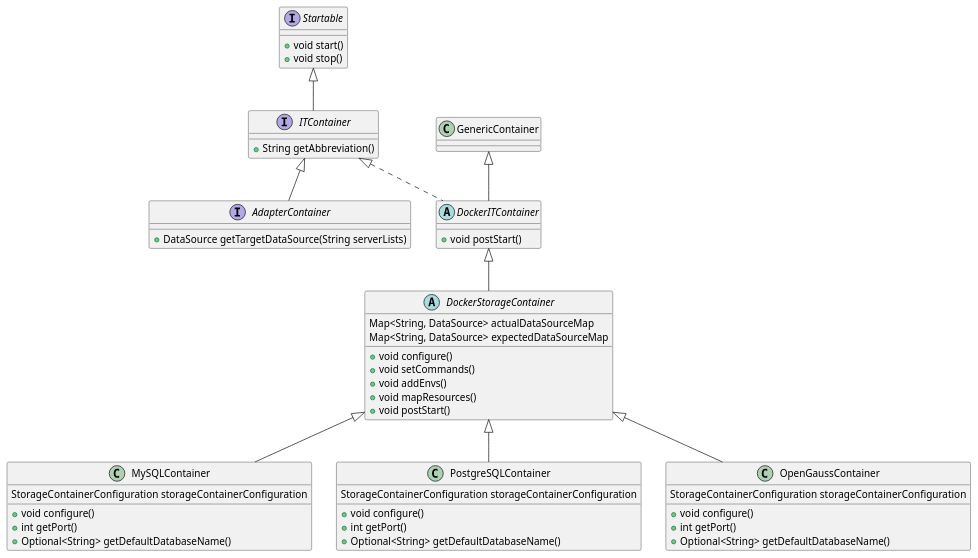
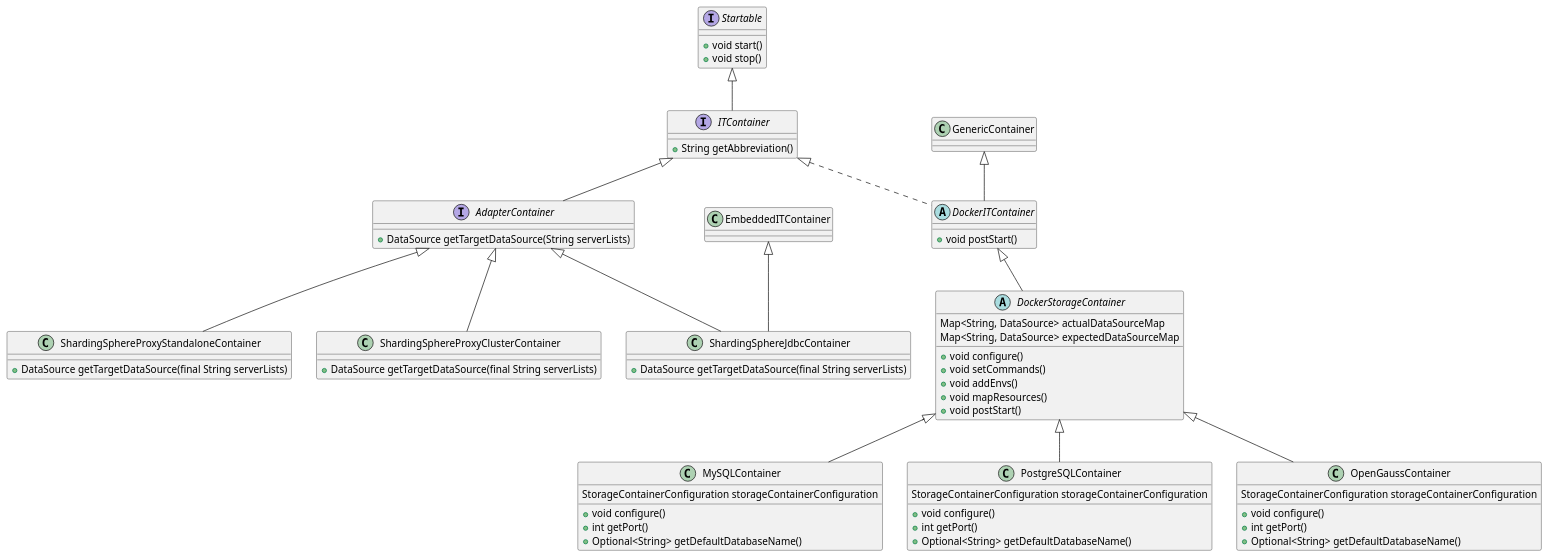
One commit to taojintianxia/github-action-codecov changed the diagram in shardingsphere/it-refactor/Container.puml. Above: the diagram before and after it, drawn with PlantUML.

Commit message:
Add : add adaptor implementation

```diff
--- a/shardingsphere/it-refactor/Container.puml
+++ b/shardingsphere/it-refactor/Container.puml
@@ -1,65 +1,83 @@
 @startuml
 'https://plantuml.com/class-diagram
 
 interface Startable {
     +void start()
     +void stop()
 }
 
 interface ITContainer {
     +String getAbbreviation()
 }
 
 interface AdapterContainer {
     +DataSource getTargetDataSource(String serverLists)
+}
+
+class ShardingSphereJdbcContainer {
+    +DataSource getTargetDataSource(final String serverLists)
+}
+
+class ShardingSphereProxyStandaloneContainer {
+    +DataSource getTargetDataSource(final String serverLists)
+}
+
+class ShardingSphereProxyClusterContainer {
+    +DataSource getTargetDataSource(final String serverLists)
 }
 
 class GenericContainer
 
 abstract DockerITContainer {
     +void postStart()
 }
 
 abstract DockerStorageContainer {
     Map<String, DataSource> actualDataSourceMap
     Map<String, DataSource> expectedDataSourceMap
     +void configure()
     +void setCommands()
     +void addEnvs()
     +void mapResources()
     +void postStart()
 }
 
 class MySQLContainer {
     StorageContainerConfiguration storageContainerConfiguration
     +void configure()
     +int getPort()
     +Optional<String> getDefaultDatabaseName()
 }
 
 class PostgreSQLContainer {
     StorageContainerConfiguration storageContainerConfiguration
     +void configure()
     +int getPort()
     +Optional<String> getDefaultDatabaseName()
 }
 
 class OpenGaussContainer {
     StorageContainerConfiguration storageContainerConfiguration
     +void configure()
     +int getPort()
     +Optional<String> getDefaultDatabaseName()
 }
 
 Startable <|-- ITContainer
 ITContainer <|-- AdapterContainer
 GenericContainer <|-- DockerITContainer
 ITContainer <|.. DockerITContainer
 
 DockerITContainer <|-- DockerStorageContainer
 
 DockerStorageContainer <|-- MySQLContainer
 DockerStorageContainer <|-- PostgreSQLContainer
 DockerStorageContainer <|-- OpenGaussContainer
 
+EmbeddedITContainer <|-- ShardingSphereJdbcContainer
+AdapterContainer <|-- ShardingSphereJdbcContainer
+AdapterContainer <|-- ShardingSphereProxyStandaloneContainer
+AdapterContainer <|-- ShardingSphereProxyClusterContainer
+
+
 @enduml
```
